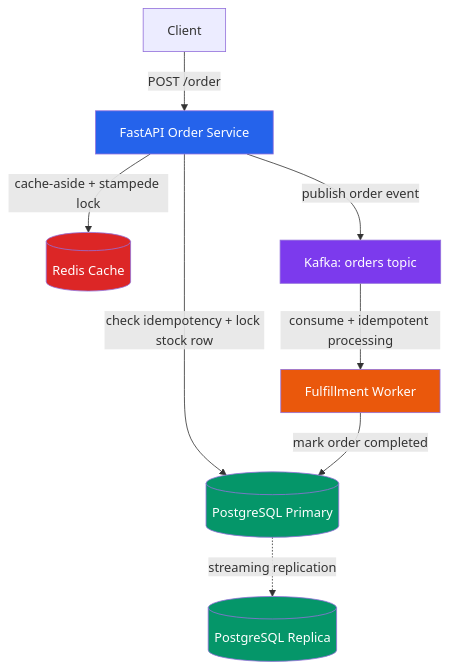
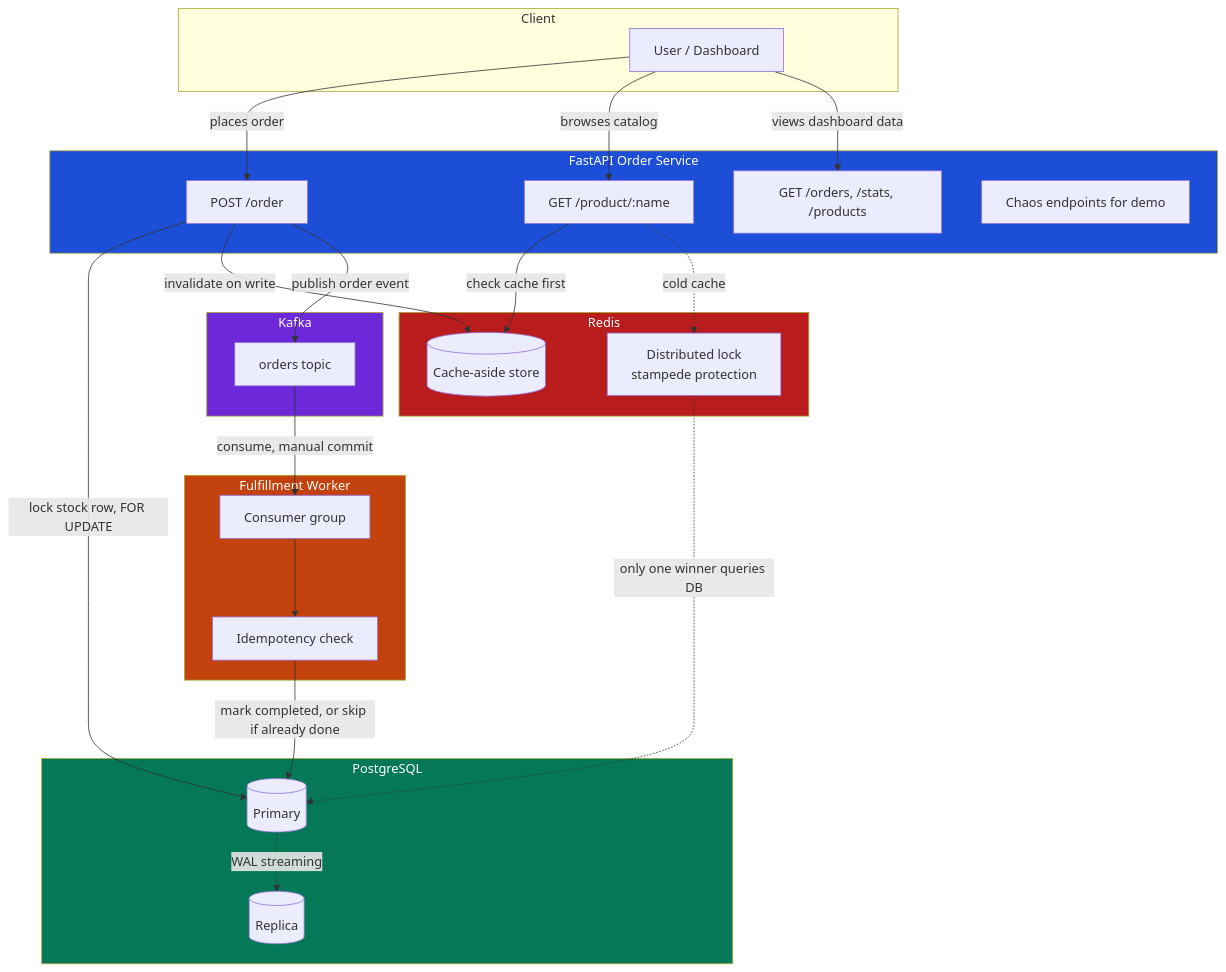
Before and after one commit to Arjunpaan/FORGE: the diagram in README.md, drawn with Mermaid. The commit also changed other lines of this file, not shown here.

Commit message:
Add comprehensive README with architecture diagram, setup guide, and dashboard docs

````diff
--- a/README.md
+++ b/README.md
@@ -20,17 +38,56 @@
 ```mermaid
 graph TD
-    Client[Client] -->|POST /order| API[FastAPI Order Service]
-    API -->|check idempotency + lock stock row| Primary[(PostgreSQL Primary)]
-    Primary -.streaming replication.-> Replica[(PostgreSQL Replica)]
-    API -->|cache-aside + stampede lock| Redis[(Redis Cache)]
-    API -->|publish order event| Kafka[Kafka: orders topic]
-    Kafka -->|consume + idempotent processing| Worker[Fulfillment Worker]
-    Worker -->|mark order completed| Primary
+    subgraph Client
+        U[User / Dashboard]
+    end
 
-    style API fill:#2563eb,color:#fff
-    style Primary fill:#059669,color:#fff
-    style Replica fill:#059669,color:#fff
-    style Redis fill:#dc2626,color:#fff
-    style Kafka fill:#7c3aed,color:#fff
-    style Worker fill:#ea580c,color:#fff
+    subgraph API["FastAPI Order Service"]
+        A1[POST /order]
+        A2[GET /product/:name]
+        A3[GET /orders, /stats, /products]
+        A4[Chaos endpoints for demo]
+    end
+
+    subgraph Cache["Redis"]
+        R1[(Cache-aside store)]
+        R2[Distributed lock<br/>stampede protection]
+    end
+
+    subgraph DB["PostgreSQL"]
+        P1[(Primary)]
+        P2[(Replica)]
+    end
+
+    subgraph Stream["Kafka"]
+        K1[orders topic]
+    end
+
+    subgraph Worker["Fulfillment Worker"]
+        W1[Consumer group]
+        W2[Idempotency check]
+    end
+
+    U -->|places order| A1
+    U -->|browses catalog| A2
+    U -->|views dashboard data| A3
+
+    A1 -->|lock stock row, FOR UPDATE| P1
+    A1 -->|invalidate on write| R1
+    A1 -->|publish order event| K1
+
+    A2 -->|check cache first| R1
+    A2 -.cold cache.-> R2
+    R2 -.only one winner queries DB.-> P1
+
+    P1 -.WAL streaming.-> P2
+
+    K1 -->|consume, manual commit| W1
+    W1 --> W2
+    W2 -->|mark completed, or skip if already done| P1
+
+    style API fill:#1d4ed8,color:#fff
+    style Cache fill:#b91c1c,color:#fff
+    style DB fill:#047857,color:#fff
+    style Stream fill:#6d28d9,color:#fff
+    style Worker fill:#c2410c,color:#fff
 ```
````
